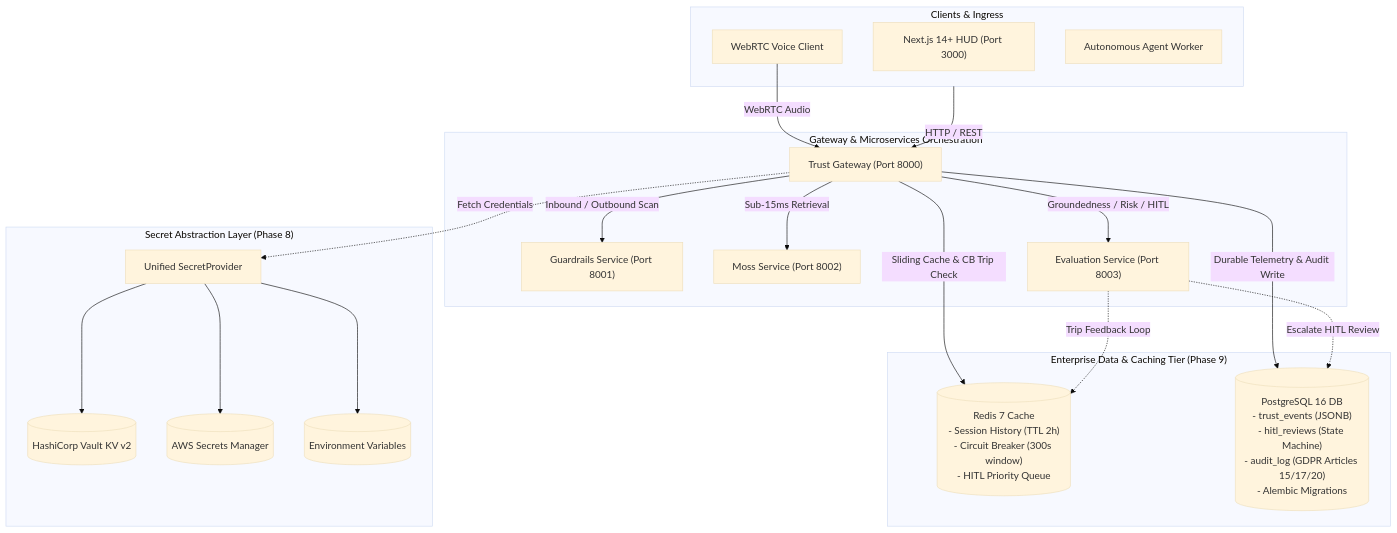
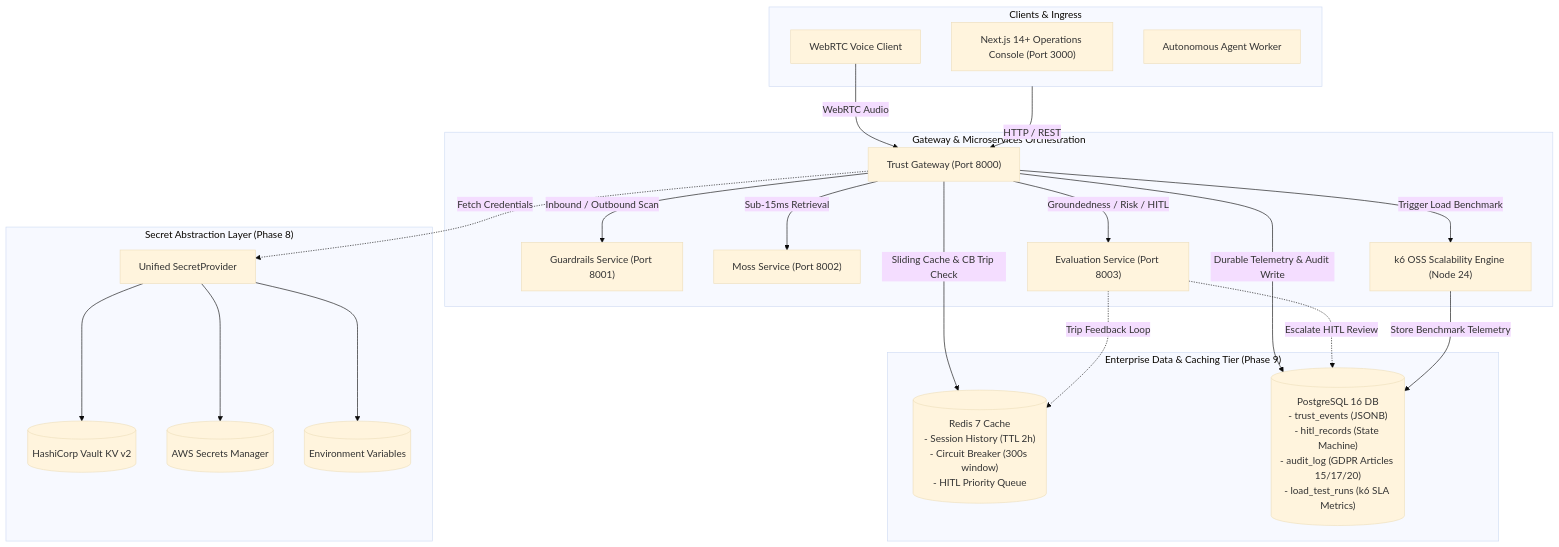
The diagram in README.md (bhola-dev58/TrustMoss), drawn with Mermaid (base theme) before and after one commit. The commit also changed other lines of this file and 41 other files, not shown here.

````diff
--- a/README.md
+++ b/README.md
@@ -28,43 +28,46 @@
 ```mermaid
 flowchart TD
     subgraph ClientTier["Clients & Ingress"]
-        UI["Next.js 14+ HUD (Port 3000)"]
+        UI["Next.js 14+ Operations Console (Port 3000)"]
         VoiceClient["WebRTC Voice Client"]
         AgentWorker["Autonomous Agent Worker"]
     end
 
     subgraph GatewayTier["Gateway & Microservices Orchestration"]
         GW["Trust Gateway (Port 8000)"]
         Guard["Guardrails Service (Port 8001)"]
         Moss["Moss Service (Port 8002)"]
         Eval["Evaluation Service (Port 8003)"]
+        K6["k6 OSS Scalability Engine (Node 24)"]
     end
 
     subgraph SecretLayer["Secret Abstraction Layer (Phase 8)"]
         SP["Unified SecretProvider"]
         Vault[("HashiCorp Vault KV v2")]
         AWS[("AWS Secrets Manager")]
         ENV[("Environment Variables")]
     end
 
     subgraph PersistenceLayer["Enterprise Data & Caching Tier (Phase 9)"]
         Redis[("Redis 7 Cache<br/>- Session History (TTL 2h)<br/>- Circuit Breaker (300s window)<br/>- HITL Priority Queue")]
-        Postgres[("PostgreSQL 16 DB<br/>- trust_events (JSONB)<br/>- hitl_reviews (State Machine)<br/>- audit_log (GDPR Articles 15/17/20)<br/>- Alembic Migrations")]
+        Postgres[("PostgreSQL 16 DB<br/>- trust_events (JSONB)<br/>- hitl_records (State Machine)<br/>- audit_log (GDPR Articles 15/17/20)<br/>- load_test_runs (k6 SLA Metrics)")]
     end
 
     ClientTier -->|HTTP / REST| GW
     VoiceClient -->|WebRTC Audio| GW
     GW -->|Inbound / Outbound Scan| Guard
     GW -->|Sub-15ms Retrieval| Moss
     GW -->|Groundedness / Risk / HITL| Eval
+    GW -->|Trigger Load Benchmark| K6
 
     GW -.->|Fetch Credentials| SP
     SP --> Vault
     SP --> AWS
     SP --> ENV
 
     GW -->|Sliding Cache & CB Trip Check| Redis
     GW -->|Durable Telemetry & Audit Write| Postgres
     Eval -.->|Trip Feedback Loop| Redis
     Eval -.->|Escalate HITL Review| Postgres
+    K6 -->|Store Benchmark Telemetry| Postgres
 ```
````
